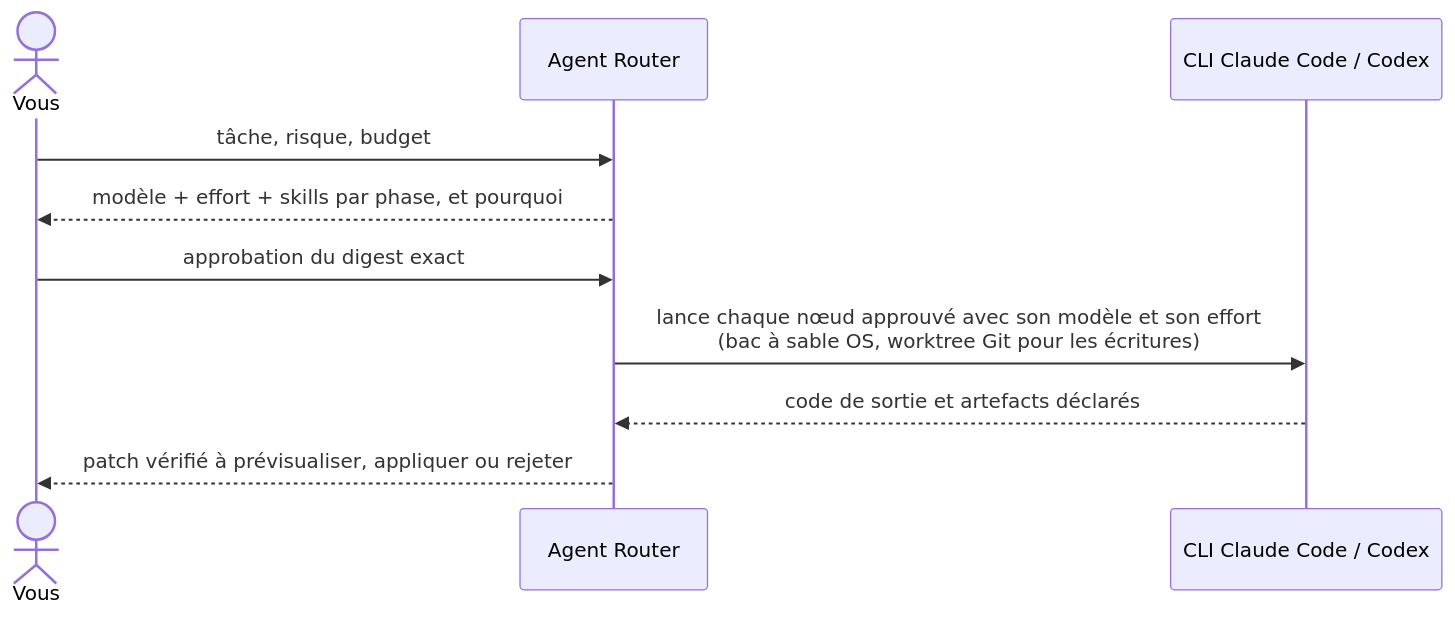
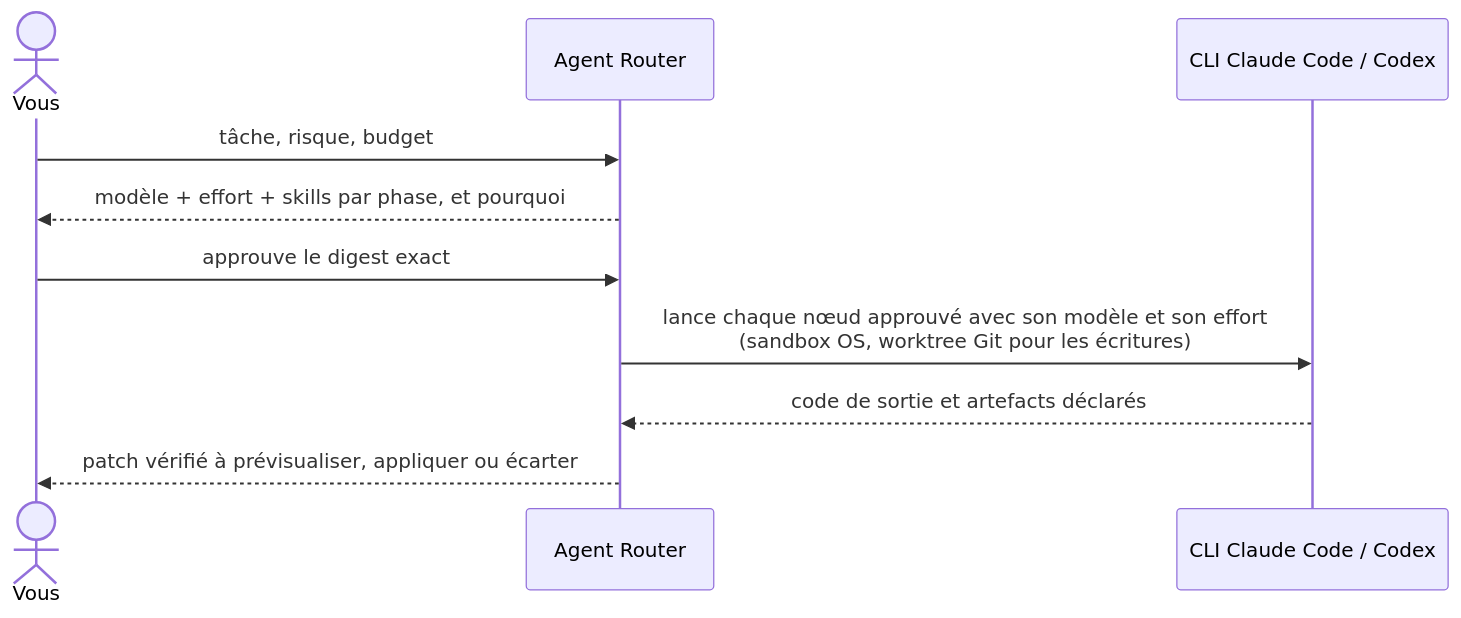
The first of 4 diagrams in README.fr.md (FlorianBruniaux/agent-router), drawn with Mermaid before and after one commit. The commit also changed other lines of this file and 5 other files, not shown here.

````diff
--- a/README.fr.md
+++ b/README.fr.md
@@ -79,12 +85,12 @@
 ```mermaid
 sequenceDiagram
     actor U as Vous
     participant AR as Agent Router
     participant H as CLI Claude Code / Codex
     U->>AR: tâche, risque, budget
     AR-->>U: modèle + effort + skills par phase, et pourquoi
-    U->>AR: approbation du digest exact
-    AR->>H: lance chaque nœud approuvé avec son modèle et son effort<br/>(bac à sable OS, worktree Git pour les écritures)
+    U->>AR: approuve le digest exact
+    AR->>H: lance chaque nœud approuvé avec son modèle et son effort<br/>(sandbox OS, worktree Git pour les écritures)
     H-->>AR: code de sortie et artefacts déclarés
-    AR-->>U: patch vérifié à prévisualiser, appliquer ou rejeter
+    AR-->>U: patch vérifié à prévisualiser, appliquer ou écarter
 ```
````
